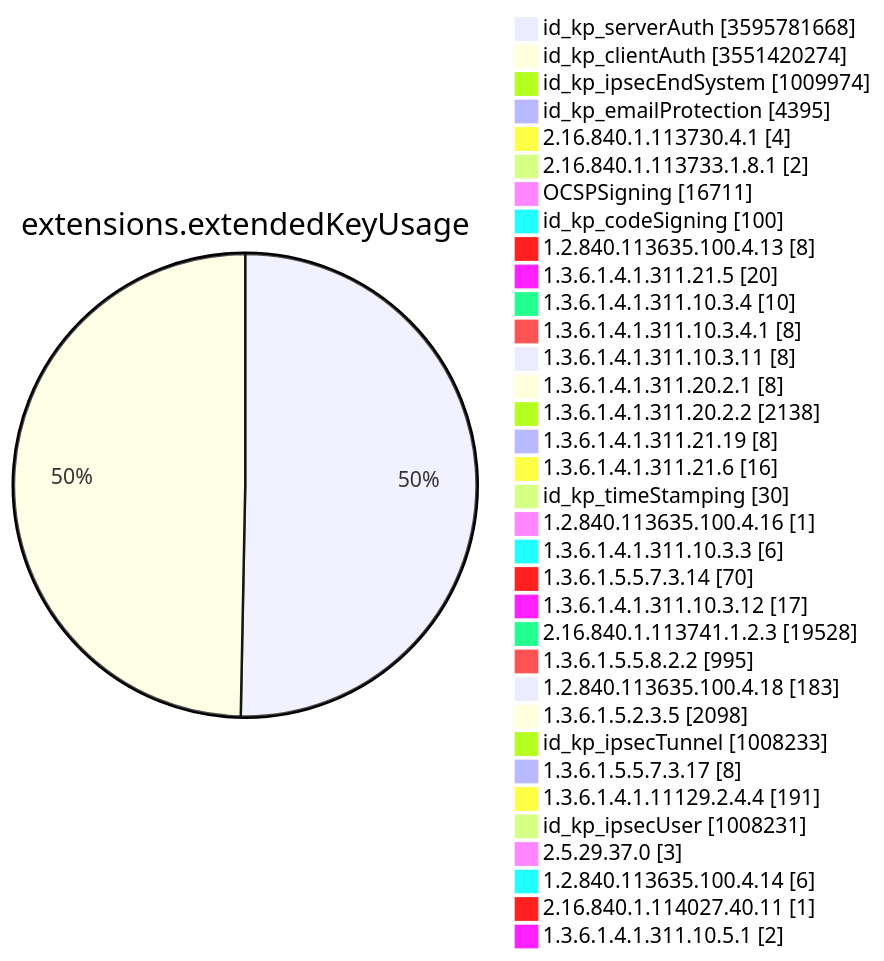
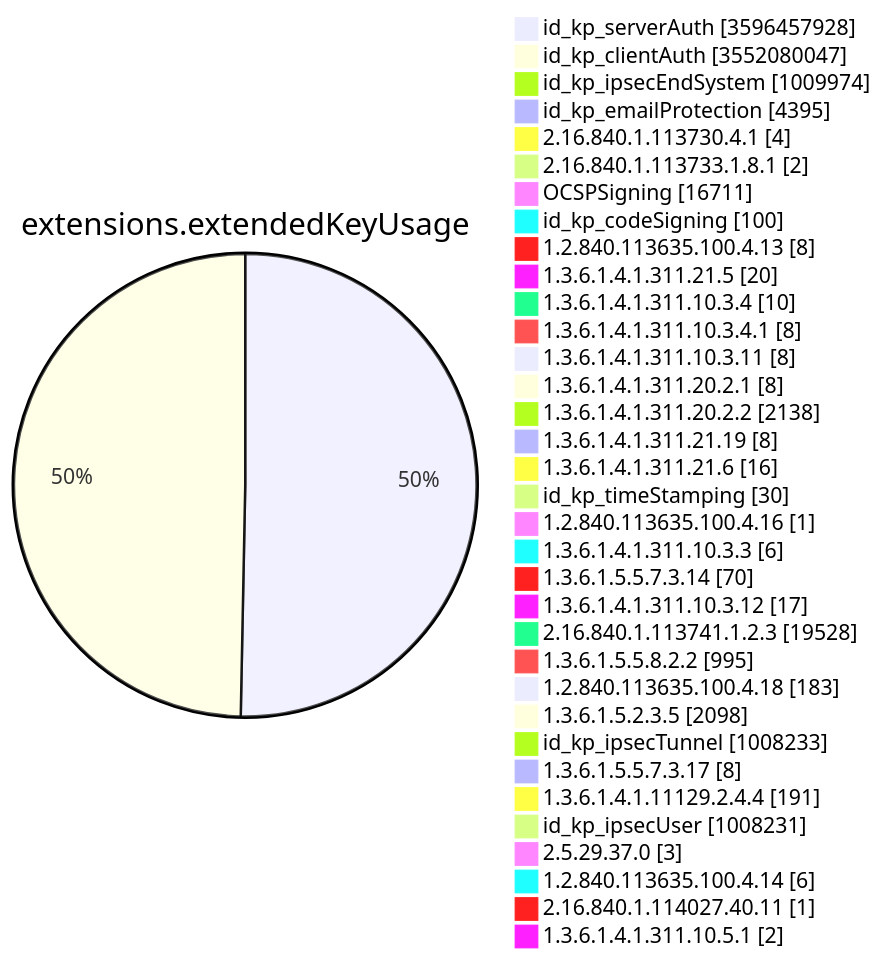
Diagram 11 of 15 in TOTAL/README.md (christiankrug/ctmonitor_visualization), drawn with Mermaid before and after one commit. The commit also changed other lines of this file, not shown here.

````diff
--- a/TOTAL/README.md
+++ b/TOTAL/README.md
@@ -4129,38 +4129,38 @@
 ```mermaid
 pie showData
 title extensions.extendedKeyUsage
-"id_kp_serverAuth" :3595781668
-"id_kp_clientAuth" :3551420274
+"id_kp_serverAuth" :3596457928
+"id_kp_clientAuth" :3552080047
 "id_kp_ipsecEndSystem" :1009974
 "id_kp_emailProtection" :4395
 "2.16.840.1.113730.4.1" :4
 "2.16.840.1.113733.1.8.1" :2
 "OCSPSigning" :16711
 "id_kp_codeSigning" :100
 "1.2.840.113635.100.4.13" :8
 "1.3.6.1.4.1.311.21.5" :20
 "1.3.6.1.4.1.311.10.3.4" :10
 "1.3.6.1.4.1.311.10.3.4.1" :8
 "1.3.6.1.4.1.311.10.3.11" :8
 "1.3.6.1.4.1.311.20.2.1" :8
 "1.3.6.1.4.1.311.20.2.2" :2138
 "1.3.6.1.4.1.311.21.19" :8
 "1.3.6.1.4.1.311.21.6" :16
 "id_kp_timeStamping" :30
 "1.2.840.113635.100.4.16" :1
 "1.3.6.1.4.1.311.10.3.3" :6
 "1.3.6.1.5.5.7.3.14" :70
 "1.3.6.1.4.1.311.10.3.12" :17
 "2.16.840.1.113741.1.2.3" :19528
 "1.3.6.1.5.5.8.2.2" :995
 "1.2.840.113635.100.4.18" :183
 "1.3.6.1.5.2.3.5" :2098
 "id_kp_ipsecTunnel" :1008233
 "1.3.6.1.5.5.7.3.17" :8
 "1.3.6.1.4.1.11129.2.4.4" :191
 "id_kp_ipsecUser" :1008231
 "2.5.29.37.0" :3
 "1.2.840.113635.100.4.14" :6
 "2.16.840.1.114027.40.11" :1
 "1.3.6.1.4.1.311.10.5.1" :2
 ```
````
